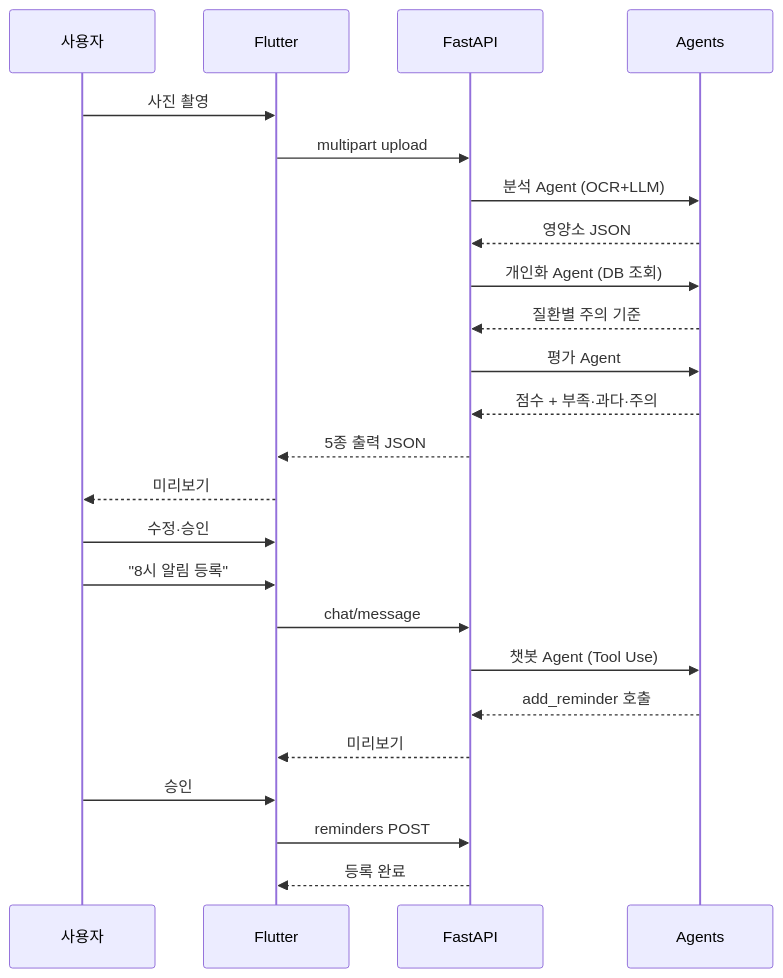
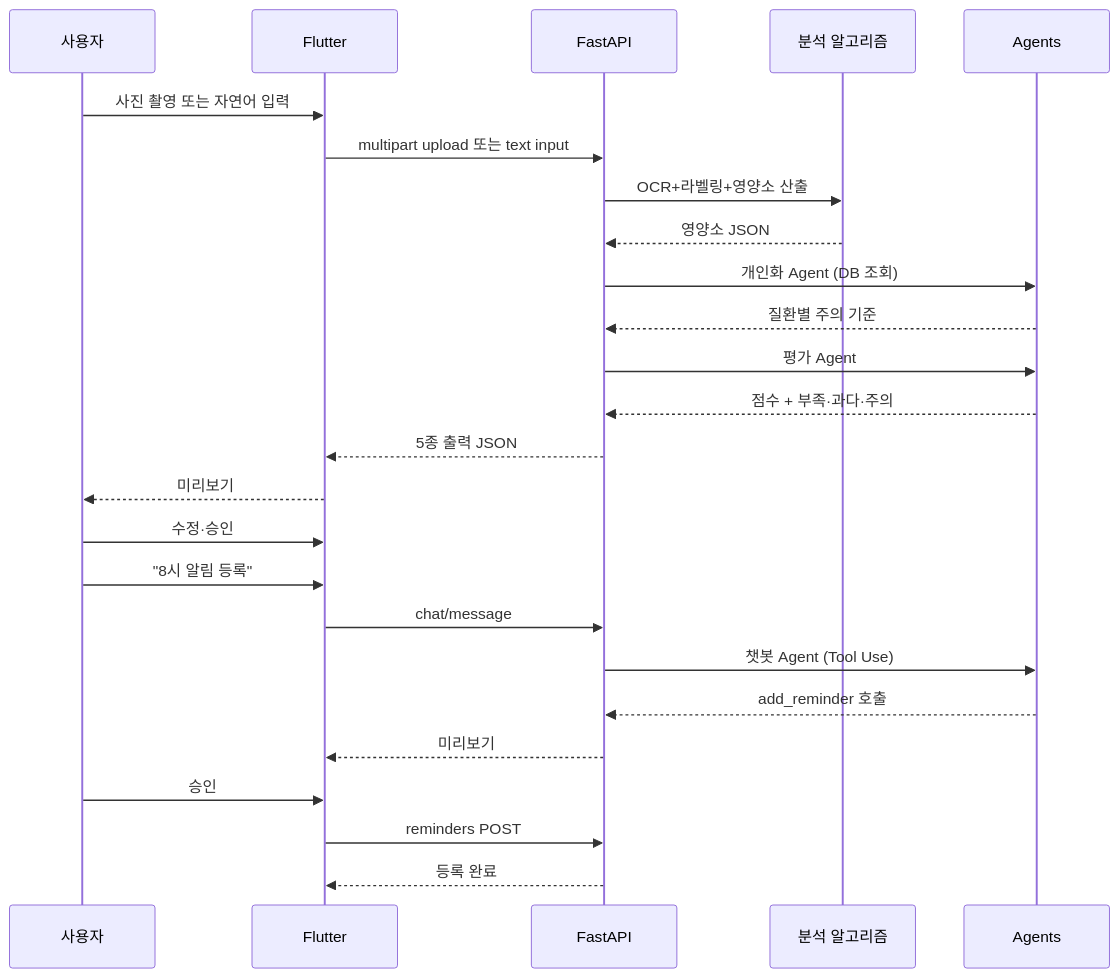
The third of 3 diagrams in docs/guide/02-product-spec.md (Lemon-Aid-KDT/Lemon-sin), drawn with Mermaid before and after one commit. The commit also changed other lines of this file and 49 other files, not shown here.

````diff
--- a/docs/guide/02-product-spec.md
+++ b/docs/guide/02-product-spec.md
@@ -107,26 +106,27 @@
 ```mermaid
 sequenceDiagram
     participant U as 사용자
     participant App as Flutter
     participant API as FastAPI
+    participant AL as 분석 알고리즘
     participant AG as Agents
-    U->>App: 사진 촬영
-    App->>API: multipart upload
-    API->>AG: 분석 Agent (OCR+LLM)
-    AG-->>API: 영양소 JSON
+    U->>App: 사진 촬영 또는 자연어 입력
+    App->>API: multipart upload 또는 text input
+    API->>AL: OCR+라벨링+영양소 산출
+    AL-->>API: 영양소 JSON
     API->>AG: 개인화 Agent (DB 조회)
     AG-->>API: 질환별 주의 기준
     API->>AG: 평가 Agent
     AG-->>API: 점수 + 부족·과다·주의
     API-->>App: 5종 출력 JSON
     App-->>U: 미리보기
     U->>App: 수정·승인
     U->>App: "8시 알림 등록"
     App->>API: chat/message
     API->>AG: 챗봇 Agent (Tool Use)
     AG-->>API: add_reminder 호출
     API-->>App: 미리보기
     U->>App: 승인
     App->>API: reminders POST
     API-->>App: 등록 완료
 ```
````
